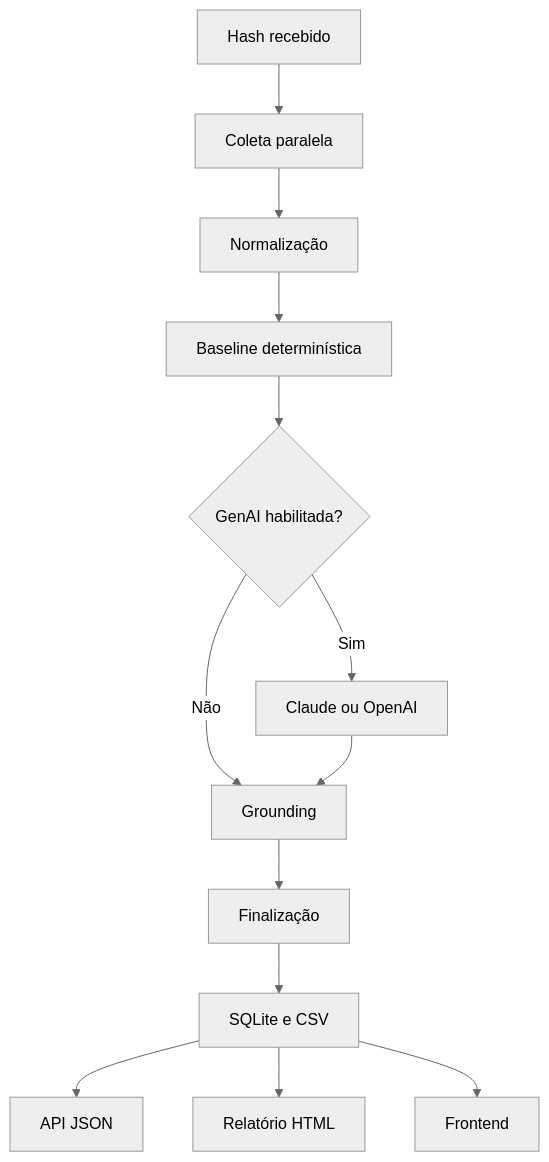
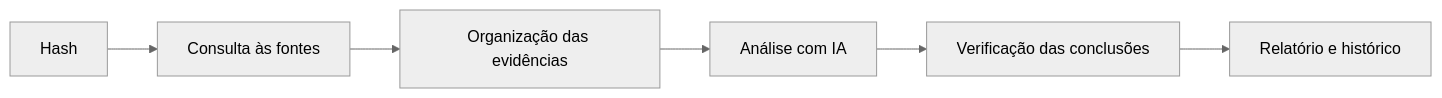
One commit to g-shell/meli-cti-case changed the diagram in README.md. Above: the diagram before and after it, drawn with Mermaid (neutral theme). The commit also changed other lines of this file and 45 other files, not shown here.

````diff
--- a/README.md
+++ b/README.md
@@ -33,15 +57,8 @@
 ```mermaid
-flowchart TD
-    A[Hash recebido] --> B[Coleta paralela]
-    B --> C[Normalização]
-    C --> D[Baseline determinística]
-    D --> E{GenAI habilitada?}
-    E -- Sim --> F[Claude ou OpenAI]
-    E -- Não --> G[Grounding]
-    F --> G
-    G --> H[Finalização]
-    H --> I[SQLite e CSV]
-    I --> J[API JSON]
-    I --> K[Relatório HTML]
-    I --> L[Frontend]
+flowchart LR
+    A[Hash] --> B[Consulta às fontes]
+    B --> C[Organização das evidências]
+    C --> D[Análise com IA]
+    D --> E[Verificação das conclusões]
+    E --> F[Relatório e histórico]
 ```
````
